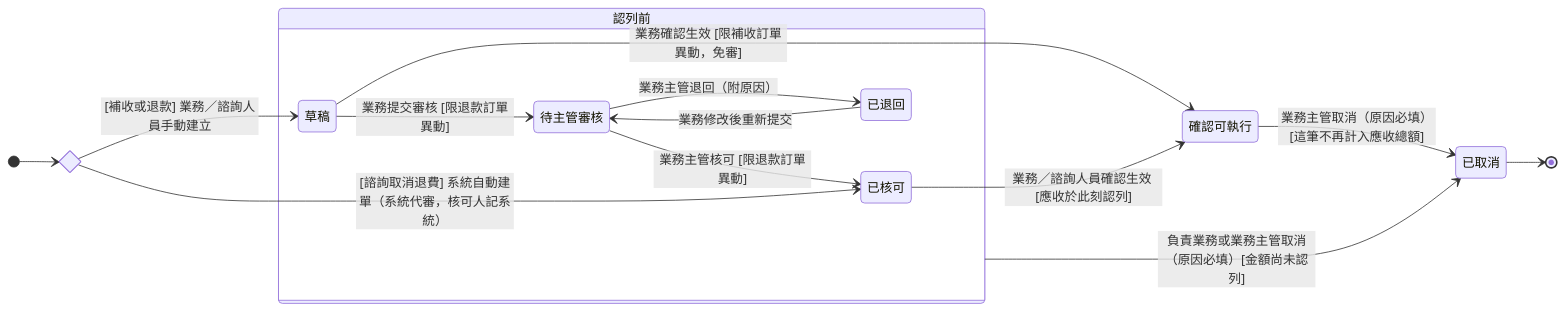
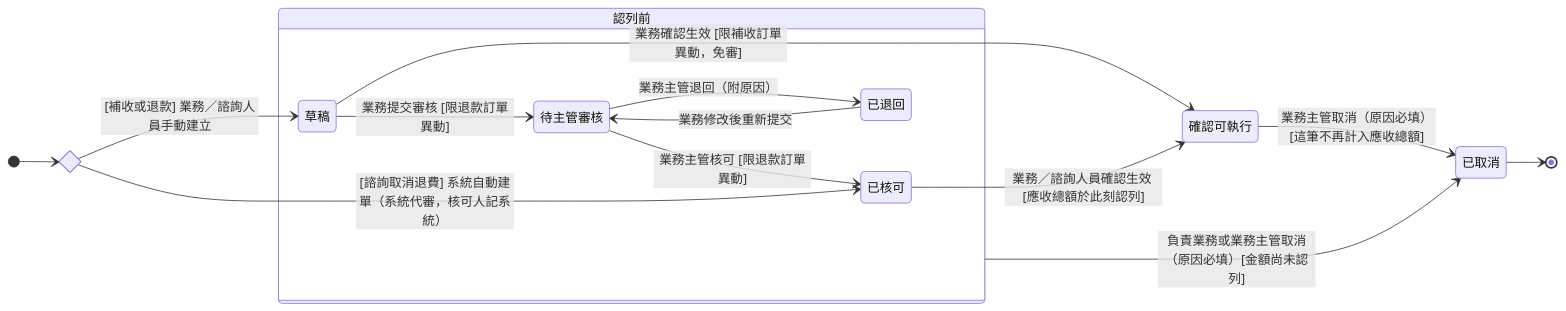
One commit to Kawato-Miles/erp-spec changed the diagram in memory/Sens_wiki/wiki/erp/06-state-machines/訂單異動狀態.md. Above: the diagram before and after it, drawn with Mermaid. The commit also changed other lines of this file and 29 other files, not shown here.

````diff
--- a/memory/Sens_wiki/wiki/erp/06-state-machines/訂單異動狀態.md
+++ b/memory/Sens_wiki/wiki/erp/06-state-machines/訂單異動狀態.md
@@ -38,33 +38,33 @@
 ```mermaid
 stateDiagram-v2
     direction LR
 
     state c_create <<choice>>
     [*] --> c_create
 
     state "認列前" as g_pre {
         state "草稿" as s_draft
         state "待主管審核" as s_pending
         state "已核可" as s_approved
         state "已退回" as s_returned
 
         s_draft --> s_pending : 業務提交審核 [限退款訂單異動]
         s_pending --> s_approved : 業務主管核可 [限退款訂單異動]
         s_pending --> s_returned : 業務主管退回（附原因）
         s_returned --> s_pending : 業務修改後重新提交
     }
 
     state "確認可執行" as s_executed
     state "已取消" as s_cancelled
 
     c_create --> s_draft : [補收或退款] 業務／諮詢人員手動建立
     c_create --> s_approved : [諮詢取消退費] 系統自動建單（系統代審，核可人記系統）
 
     s_draft --> s_executed : 業務確認生效 [限補收訂單異動，免審]
-    s_approved --> s_executed : 業務／諮詢人員確認生效 [應收於此刻認列]
+    s_approved --> s_executed : 業務／諮詢人員確認生效 [應收總額於此刻認列]
 
     g_pre --> s_cancelled : 負責業務或業務主管取消（原因必填）[金額尚未認列]
     s_executed --> s_cancelled : 業務主管取消（原因必填）[這筆不再計入應收總額]
 
     s_cancelled --> [*]
 ```
````
